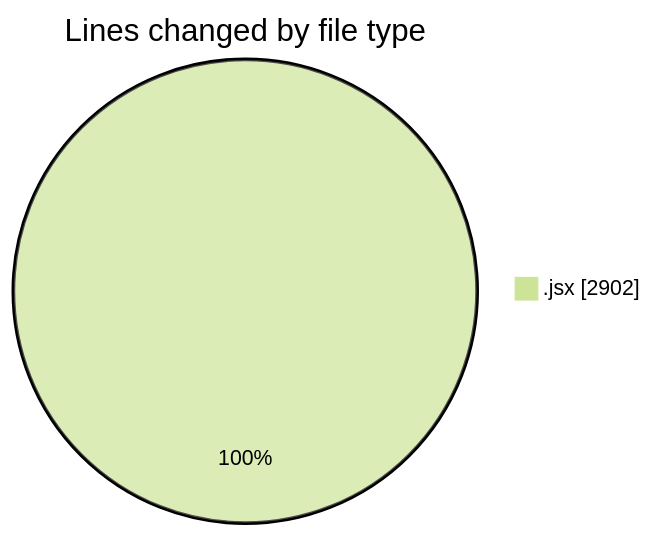
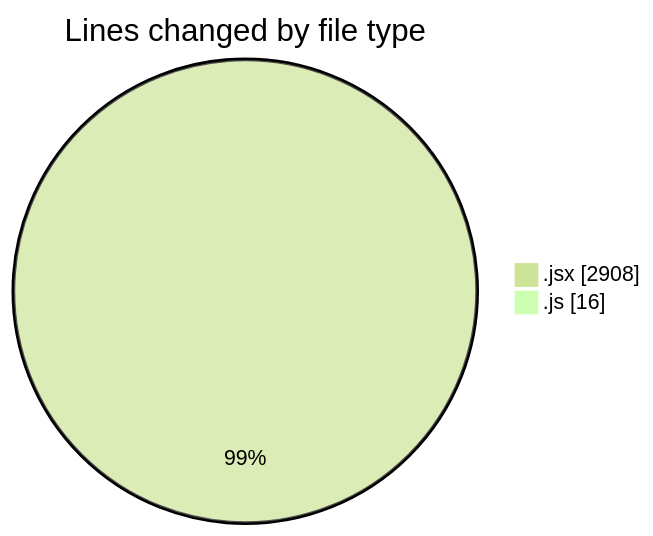
The first of 2 diagrams in 2025-05-23/nxtqube_webapp/README.md (nxtqubesakshisongat/code-tracking), drawn with Mermaid (forest theme) before and after one commit. The commit also changed other lines of this file and 1 other file, not shown here.

````diff
--- a/2025-05-23/nxtqube_webapp/README.md
+++ b/2025-05-23/nxtqube_webapp/README.md
@@ -21,5 +22,6 @@
 ```mermaid
 pie showData
 title Lines changed by file type
-".jsx" : 2902
+".jsx" : 2908
+".js" : 16
 ```
````
